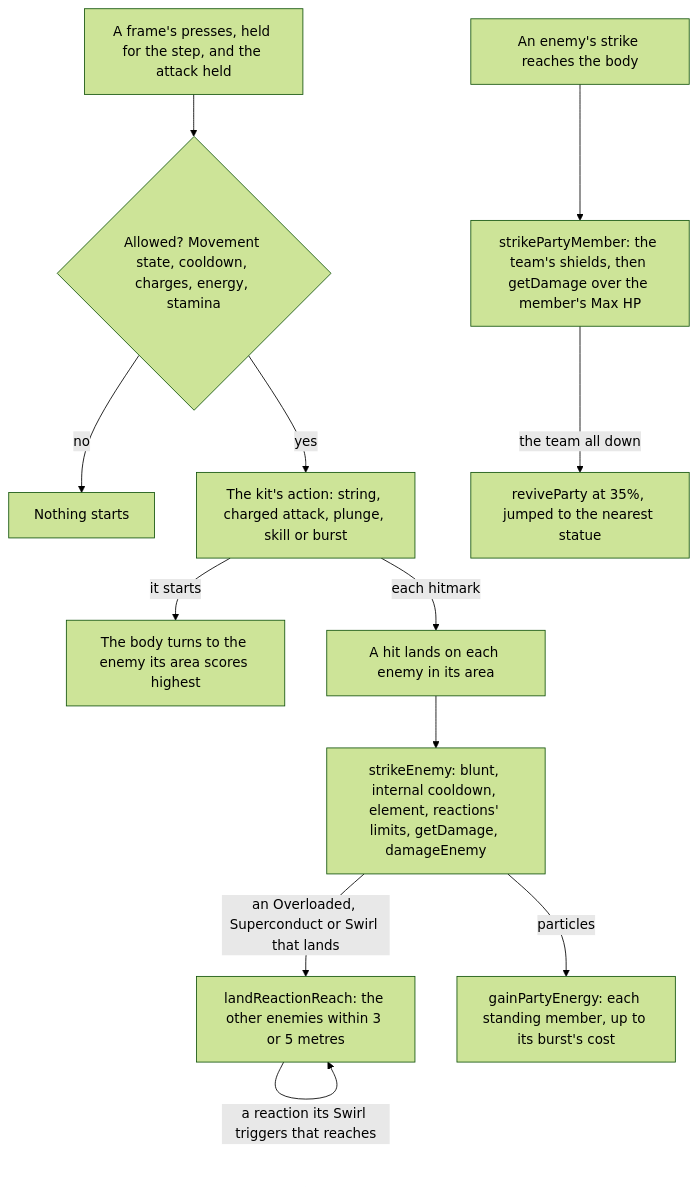
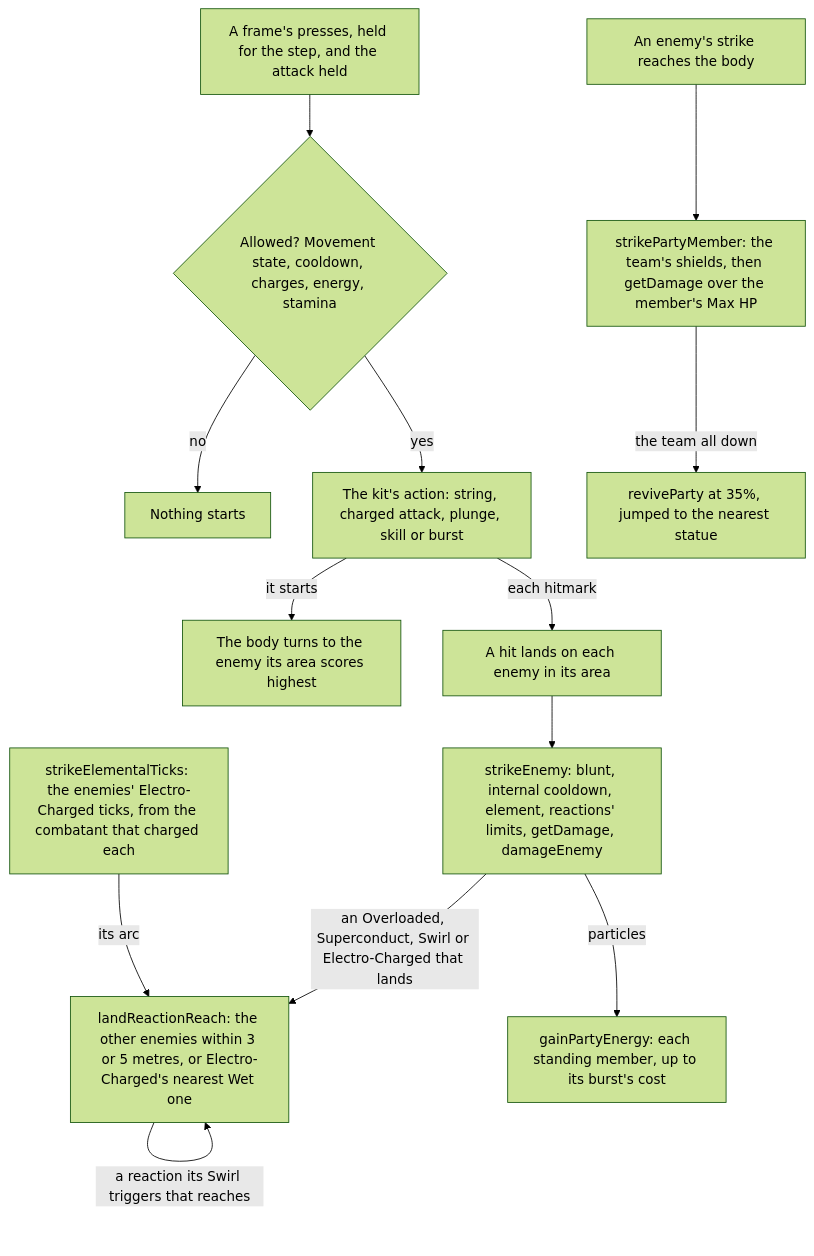
The second of 2 diagrams in apps/web/content/docs/genshin/combat.md (Esposter/Esposter), drawn with Mermaid (forest theme) before and after one commit. The commit also changed other lines of this file and 17 other files, not shown here.

First line of the commit message:
feat(genshin-world): an enemy's Electro-Charged ticks deal their damage from the combatant that last charged it, each arcing to the nearest Wet enemy within 5 metres

````diff
--- a/apps/web/content/docs/genshin/combat.md
+++ b/apps/web/content/docs/genshin/combat.md
@@ -118,14 +120,15 @@
 ```mermaid
 flowchart TD
   PRESS["A frame's presses, held for the step, and the attack held"] --> GATE{"Allowed? Movement state, cooldown, charges, energy, stamina"}
   GATE -->|"no"| IDLE["Nothing starts"]
   GATE -->|"yes"| ACTION["The kit's action: string, charged attack, plunge, skill or burst"]
   ACTION -->|"it starts"| AIM["The body turns to the enemy its area scores highest"]
   ACTION -->|"each hitmark"| HIT["A hit lands on each enemy in its area"]
   HIT --> STRIKE["strikeEnemy: blunt, internal cooldown, element, reactions' limits, getDamage, damageEnemy"]
-  STRIKE -->|"an Overloaded, Superconduct or Swirl that lands"| REACH["landReactionReach: the other enemies within 3 or 5 metres"]
+  STRIKE -->|"an Overloaded, Superconduct, Swirl or Electro-Charged that lands"| REACH["landReactionReach: the other enemies within 3 or 5 metres, or Electro-Charged's nearest Wet one"]
   REACH -->|"a reaction its Swirl triggers that reaches"| REACH
+  TICKS["strikeElementalTicks: the enemies' Electro-Charged ticks, from the combatant that charged each"] -->|"its arc"| REACH
   STRIKE -->|"particles"| ENERGY["gainPartyEnergy: each standing member, up to its burst's cost"]
   ENEMY["An enemy's strike reaches the body"] --> HURT["strikePartyMember: the team's shields, then getDamage over the member's Max HP"]
   HURT -->|"the team all down"| RESPAWN["reviveParty at 35%, jumped to the nearest statue"]
 ```
````
